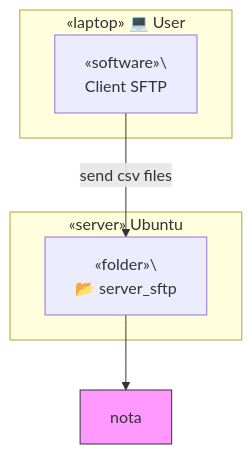
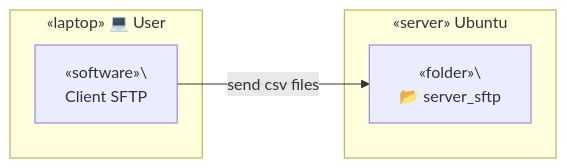
The second of 4 diagrams in server_sftp/README.md (TrulyDigital/DATA_STREET), drawn with Mermaid before and after one commit.

Commit message:
update: server_sftp README.md

````diff
--- a/server_sftp/README.md
+++ b/server_sftp/README.md
@@ -14,16 +14,13 @@
 ```mermaid
-graph TD
+graph LR
     
     subgraph Container_A [«laptop» 💻 User]
         A1[«software»\<br> Client SFTP]
     end
 
     subgraph Container_B [«server» Ubuntu]
         B1[«folder»\<br/> 📂 server_sftp]
     end
     
     A1 -- send csv files --> B1
-    B1 --> Z1[nota]
-    Z1:::note
-    classDef note fill:#f9f,stroke:#333,stroke-width:1px;
 ```
````
